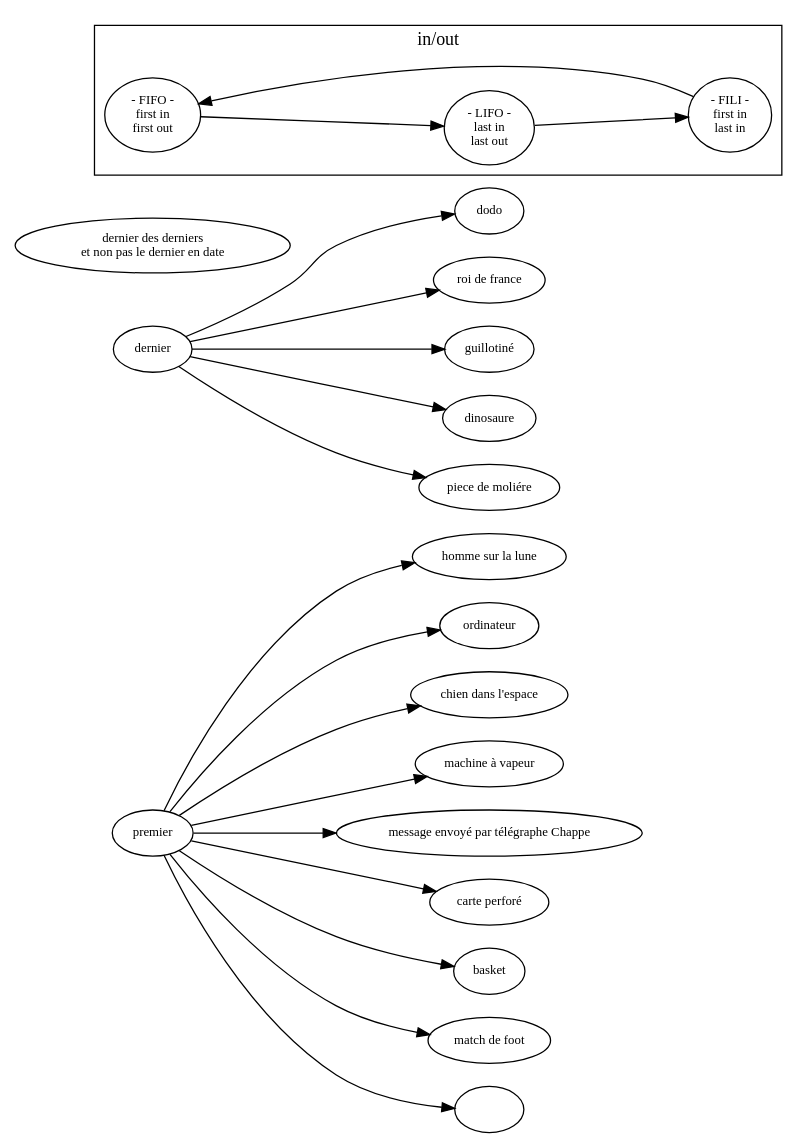
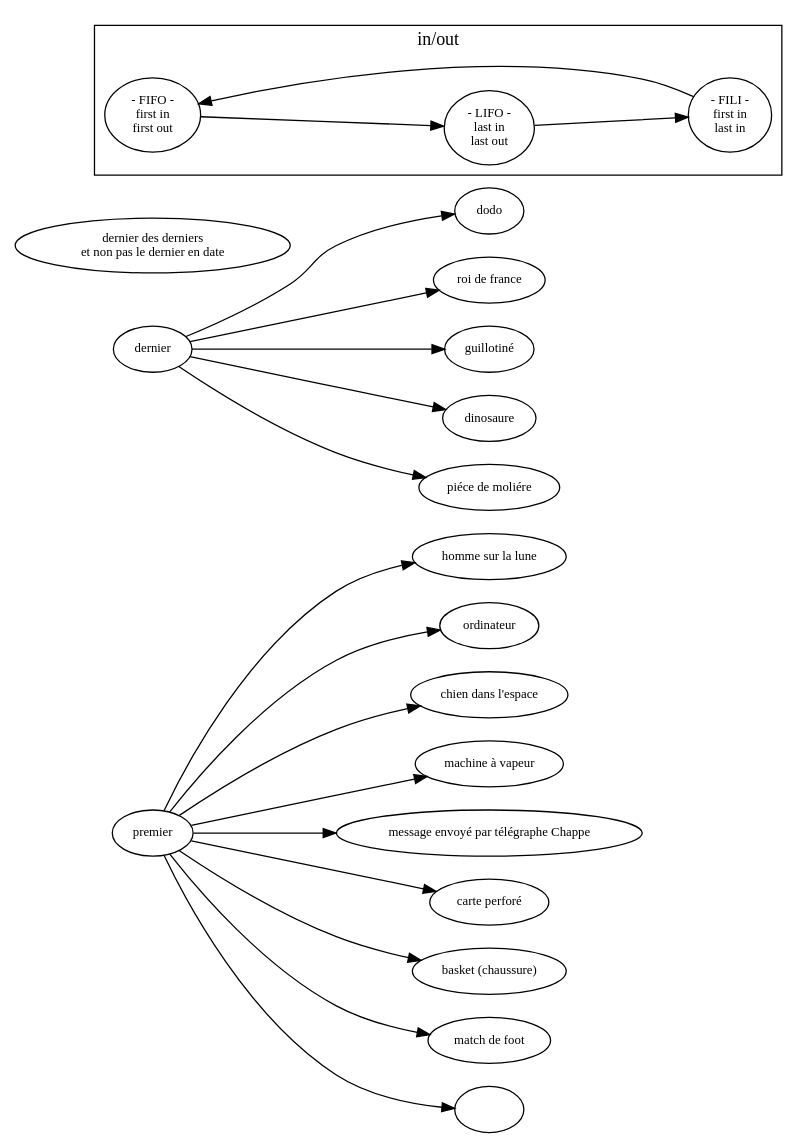
The diagram in sujet.dot (ensad-nancy/first-last), drawn with Graphviz before and after one commit.

Commit message:
+	first -> "basket (chaussure)" +	last -> "piéce de moliére"

```diff
--- a/sujet.dot
+++ b/sujet.dot
@@ -1,41 +1,41 @@
 digraph {
 
 	fontname="myriadpro"
 	fontsize = 14
 	rankdir="LR"
 	node [fontname="myriadpro", fontsize = 10]
 	edge [fontname="monaco", fontsize = 9]
 	
 	first [label="premier"]
 	last [label="dernier"]
 	
 	"dernier des derniers\n et non pas le dernier en date" 
 
 	first -> "homme sur la lune"
 	first -> "ordinateur"
 	first -> "chien dans l'espace"
 	first -> "machine à vapeur"
 	first -> "message envoyé par télégraphe Chappe"
 	first -> "carte perforé"
-	first -> "basket"
+	first -> "basket (chaussure)"
 	first -> "match de foot"
 	first -> ""
 	
 	last -> dodo
 	last -> "roi de france"
 	last -> "guillotiné"
 	last -> "dinosaure"
-	last -> "piece de moliére"
+	last -> "piéce de moliére"
 
 	subgraph cluster_FO{
 	
 		label="in/out"
 		
 		FIFO [label="- FIFO -\nfirst in\nfirst out"]
 		LIFO [label="- LIFO -\nlast in\nlast out"]
 		FILI [label="- FILI -\nfirst in\n last in"]
 
 		FILI -> FIFO -> LIFO -> FILI
 	}
 	
 }
```
